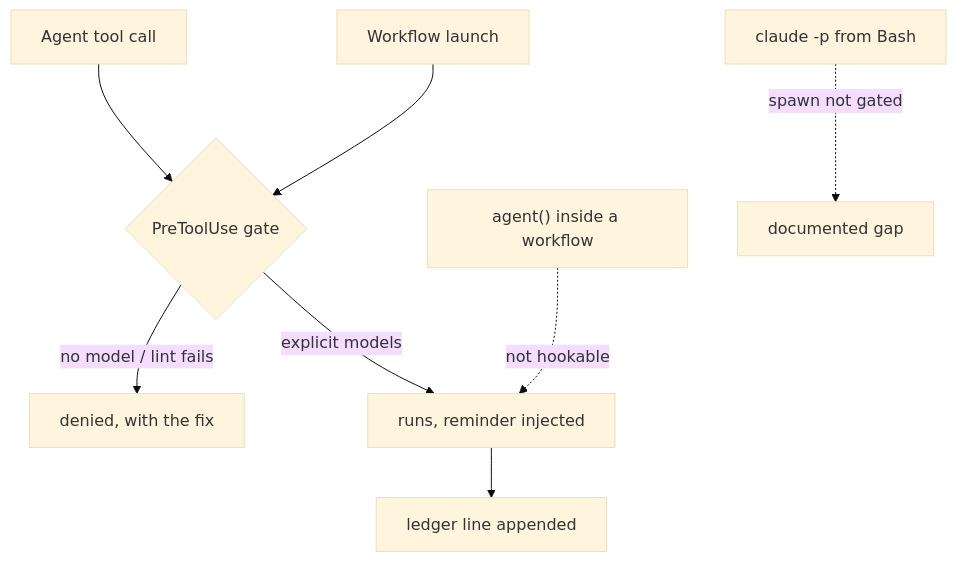
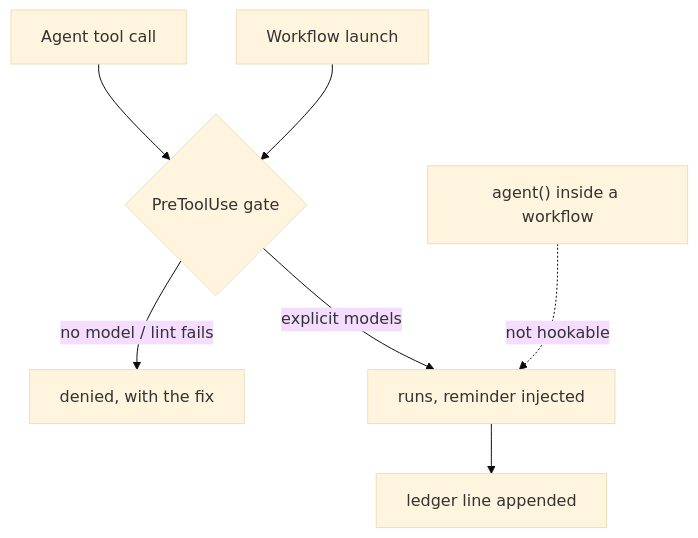
Before and after one commit to TheRealBillSiegler/siegler-plugins: the diagram in plugins/delegation-steering/README.md, drawn with Mermaid (base theme). The commit also changed other lines of this file and 1 other file, not shown here.

First line of the commit message:
docs: give the headless spawn the weight it actually has

````diff
--- a/plugins/delegation-steering/README.md
+++ b/plugins/delegation-steering/README.md
@@ -38,10 +38,9 @@
 ```mermaid
 flowchart TD
     A["Agent tool call"] --> G{"PreToolUse gate"}
     W["Workflow launch"] --> G
     G -- "no model / lint fails" --> DENY["denied, with the fix"]
     G -- "explicit models" --> RUN["runs, reminder injected"]
     RUN --> LED["ledger line appended"]
     IN["agent() inside a workflow"] -. "not hookable" .-> RUN
-    HP["claude -p from Bash"] -. "spawn not gated" .-> HP2["documented gap"]
 ```
````
